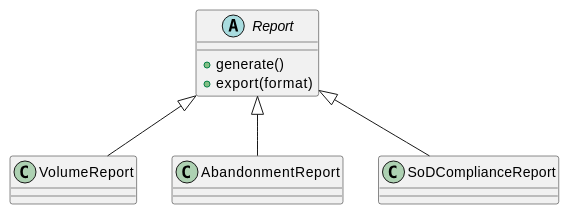
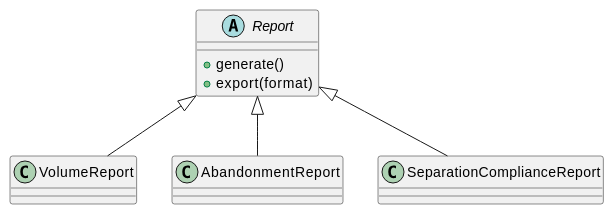
One commit to jcg-admin/IACT-docs changed the diagram in source/requisitos/_metodologia-aplicacion/relaciones-uml/ejemplo-aplicado-a-iact.rst. Above: the diagram before and after it, drawn with PlantUML. The commit also changed 15 other files, not shown here.

```diff
--- a/source/requisitos/_metodologia-aplicacion/relaciones-uml/ejemplo-aplicado-a-iact.rst
+++ b/source/requisitos/_metodologia-aplicacion/relaciones-uml/ejemplo-aplicado-a-iact.rst
@@ -4,14 +4,14 @@
 .. uml::
 
    @startuml
    abstract class Report {
      + generate()
      + export(format)
    }
    class VolumeReport
    class AbandonmentReport
-   class SoDComplianceReport
+   class SeparationComplianceReport
    Report <|-- VolumeReport
    Report <|-- AbandonmentReport
-   Report <|-- SoDComplianceReport
+   Report <|-- SeparationComplianceReport
    @enduml
```
